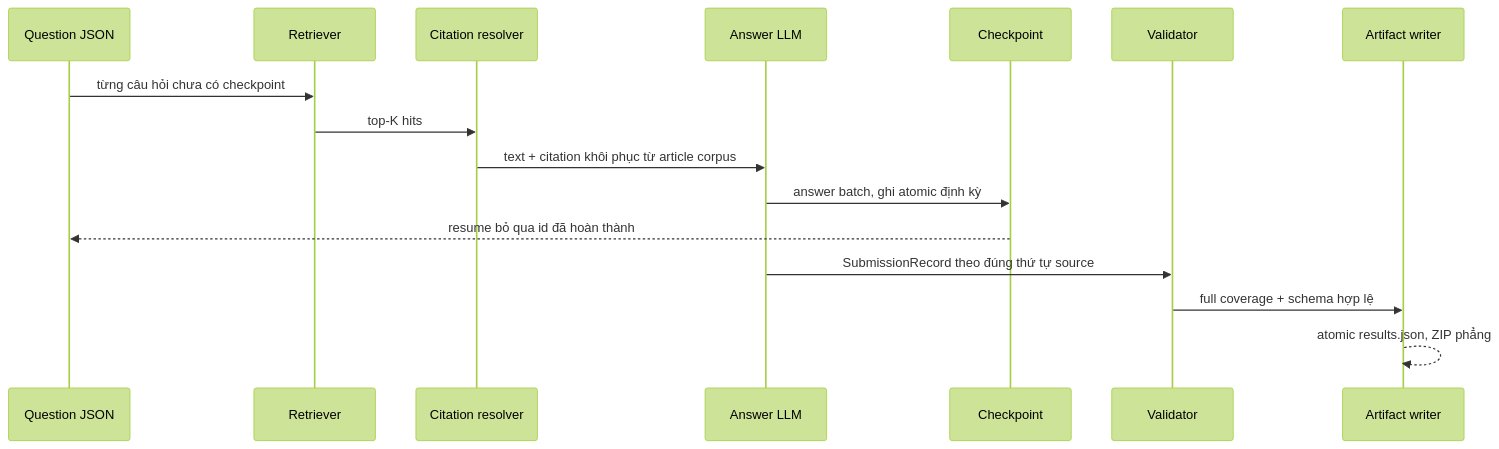
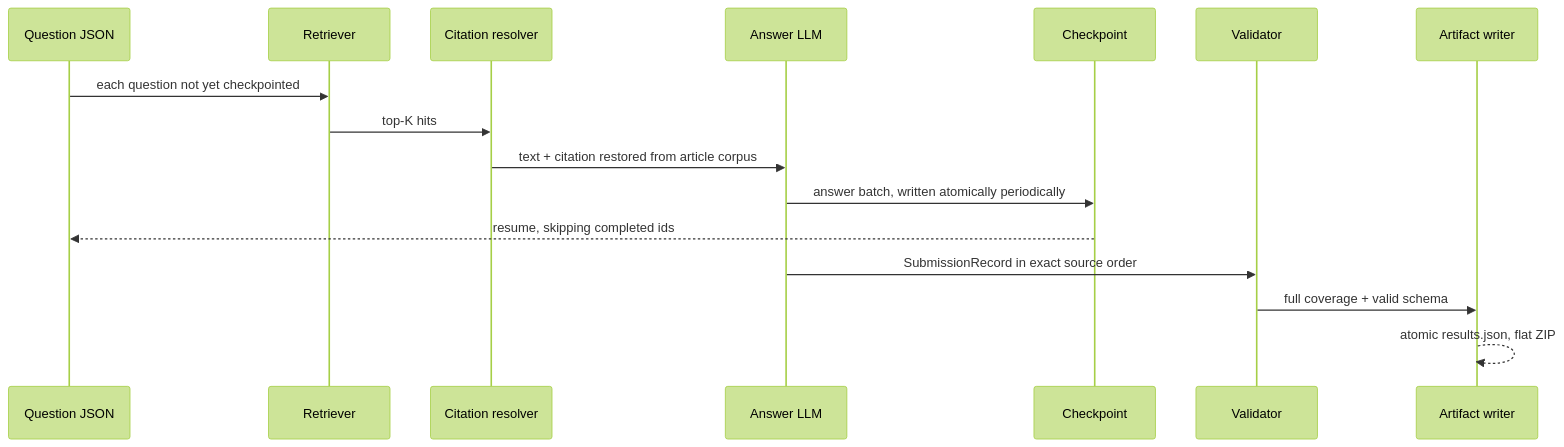
The third of 3 diagrams in README.md (dtbackjisu209/sme-legal-assistant), drawn with Mermaid (forest theme) before and after one commit. The commit also changed other lines of this file, not shown here.

````diff
--- a/README.md
+++ b/README.md
@@ -269,19 +269,19 @@
 ```mermaid
 sequenceDiagram
     participant S as Question JSON
     participant R as Retriever
     participant C as Citation resolver
     participant L as Answer LLM
     participant K as Checkpoint
     participant V as Validator
     participant Z as Artifact writer
 
-    S->>R: từng câu hỏi chưa có checkpoint
+    S->>R: each question not yet checkpointed
     R->>C: top-K hits
-    C->>L: text + citation khôi phục từ article corpus
-    L->>K: answer batch, ghi atomic định kỳ
-    K-->>S: resume bỏ qua id đã hoàn thành
-    L->>V: SubmissionRecord theo đúng thứ tự source
-    V->>Z: full coverage + schema hợp lệ
-    Z-->>Z: atomic results.json, ZIP phẳng
+    C->>L: text + citation restored from article corpus
+    L->>K: answer batch, written atomically periodically
+    K-->>S: resume, skipping completed ids
+    L->>V: SubmissionRecord in exact source order
+    V->>Z: full coverage + valid schema
+    Z-->>Z: atomic results.json, flat ZIP
 ```
````
